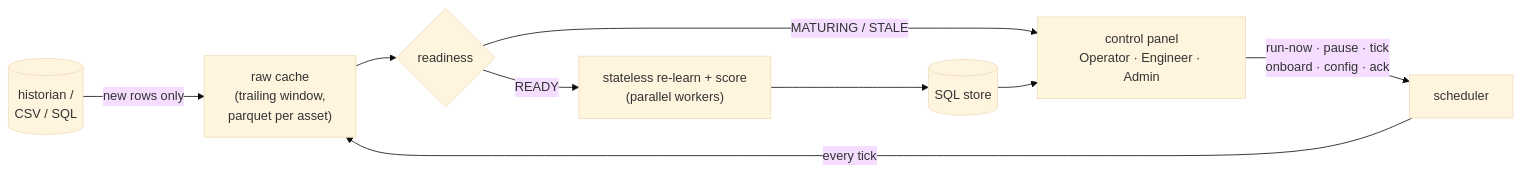
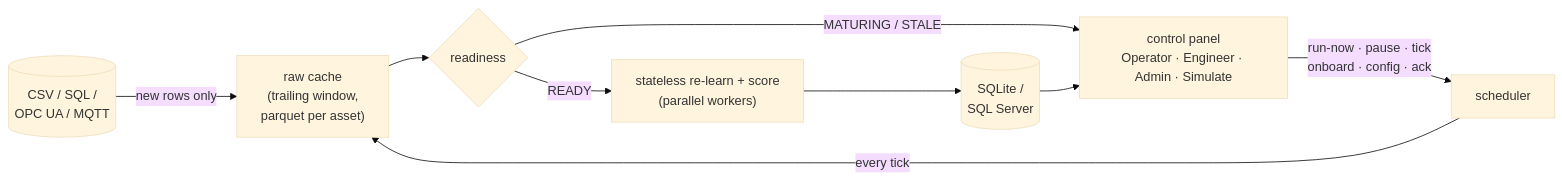
Before and after one commit to bhadkamkar9snehil/ACM: the first of 2 diagrams in README.md, drawn with Mermaid (base theme). The commit also changed other lines of this file and 3 other files, not shown here.

````diff
--- a/README.md
+++ b/README.md
@@ -164,11 +84,11 @@
 ```mermaid
 flowchart LR
-    HIST[("historian /<br/>CSV / SQL")] -->|"new rows only"| CACHE["raw cache<br/>(trailing window,<br/>parquet per asset)"]
+    HIST[("CSV / SQL /<br/>OPC UA / MQTT")] -->|"new rows only"| CACHE["raw cache<br/>(trailing window,<br/>parquet per asset)"]
     CACHE --> GATE{"readiness"}
     GATE -->|MATURING / STALE| BOARD
     GATE -->|READY| SCORE["stateless re-learn + score<br/>(parallel workers)"]
-    SCORE --> STORE[("SQL store")]
-    STORE --> BOARD["control panel<br/>Operator · Engineer · Admin"]
+    SCORE --> STORE[("SQLite /<br/>SQL Server")]
+    STORE --> BOARD["control panel<br/>Operator · Engineer · Admin · Simulate"]
     BOARD -->|"run-now · pause · tick<br/>onboard · config · ack"| SVC["scheduler"]
     SVC -->|"every tick"| CACHE
 ```
````
